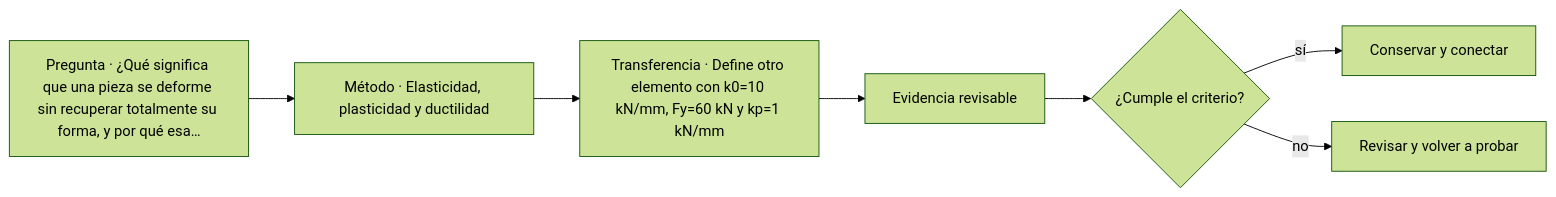
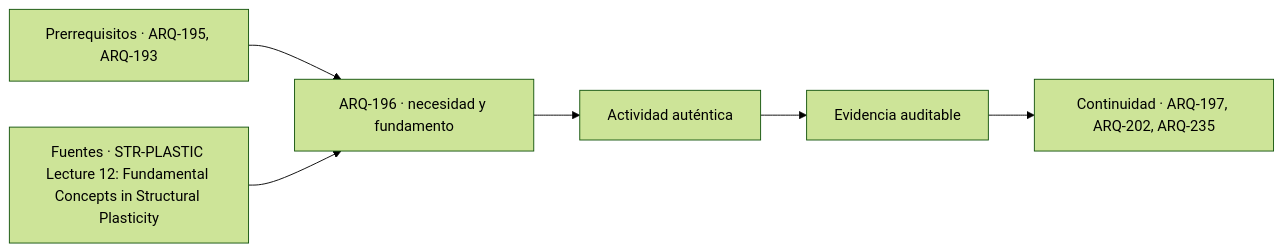
One commit to vladimiracunadev-create/architecture-built-environment-learning-program changed the diagram in classes/parte-20/ARQ-196.md. Above: the diagram before and after it, drawn with Mermaid (forest theme). The commit also changed other lines of this file and 761 other files, not shown here.

````diff
--- a/classes/parte-20/ARQ-196.md
+++ b/classes/parte-20/ARQ-196.md
@@ -123,9 +135,8 @@
 ```mermaid
 flowchart LR
-    Q["Pregunta · ¿Qué significa que una pieza se deforme sin recuperar totalmente su forma, y por qué esa…"] --> M["Método · Elasticidad, plasticidad y ductilidad"]
-    M --> P["Transferencia · Define otro elemento con k0=10 kN/mm, Fy=60 kN y kp=1 kN/mm"]
-    P --> E["Evidencia revisable"]
-    E --> C{"¿Cumple el criterio?"}
-    C -->|sí| T["Conservar y conectar"]
-    C -->|no| R["Revisar y volver a probar"]
+    A["Prerrequisitos · ARQ-195, ARQ-193"] --> B["ARQ-196 · necesidad y fundamento"]
+    S["Fuentes · STR-PLASTIC Lecture 12: Fundamental Concepts in Structural Plasticity"] --> B
+    B --> C["Actividad auténtica"]
+    C --> D["Evidencia auditable"]
+    D --> E["Continuidad · ARQ-197, ARQ-202, ARQ-235"]
 ```
````
